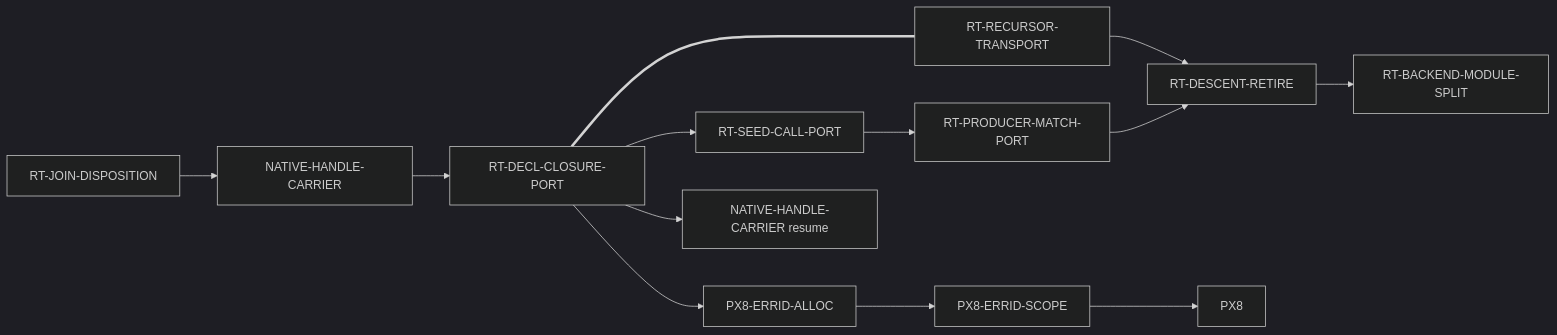
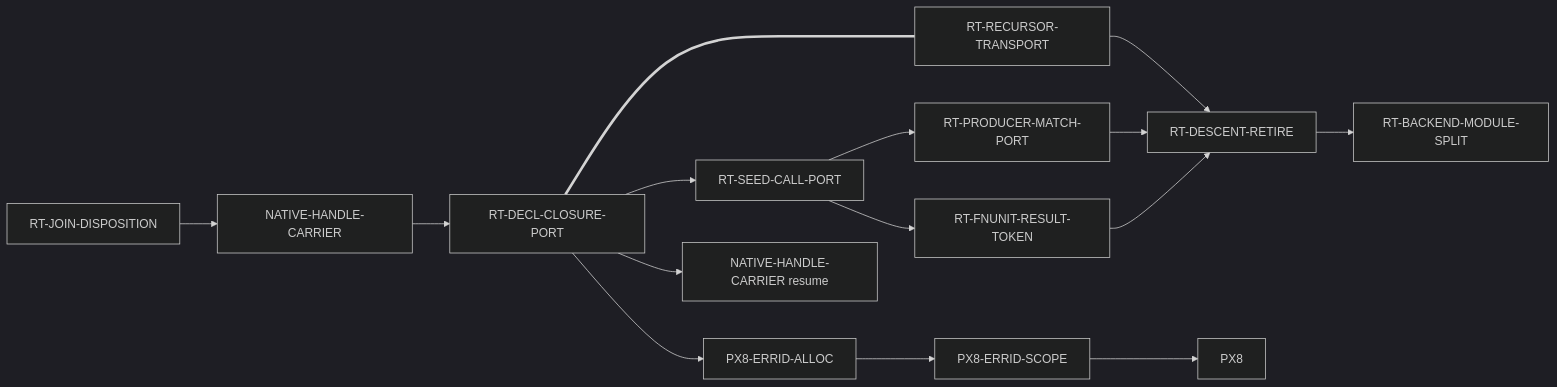
The diagram in docs/program/16-recursive-descent-retirement.md (ken-topos/ken), drawn with Mermaid (dark theme) before and after one commit. The commit also changed other lines of this file and 3 other files, not shown here.

````diff
--- a/docs/program/16-recursive-descent-retirement.md
+++ b/docs/program/16-recursive-descent-retirement.md
@@ -336,15 +336,17 @@
 ```mermaid
 graph LR
   JD[RT-JOIN-DISPOSITION] --> NHC[NATIVE-HANDLE-CARRIER]
   NHC --> DCP[RT-DECL-CLOSURE-PORT]
   DCP --> SCP[RT-SEED-CALL-PORT]
   SCP --> PMP[RT-PRODUCER-MATCH-PORT]
   DCP === RXT[RT-RECURSOR-TRANSPORT]
   RXT --> RET[RT-DESCENT-RETIRE]
   PMP --> RET
+  SCP --> FNU[RT-FNUNIT-RESULT-TOKEN]
+  FNU --> RET
   RET --> SPLIT[RT-BACKEND-MODULE-SPLIT]
   DCP --> ALLOC[PX8-ERRID-ALLOC]
   DCP --> NHC2[NATIVE-HANDLE-CARRIER resume]
   ALLOC --> SCOPE[PX8-ERRID-SCOPE]
   SCOPE --> PX8
 ```
````
